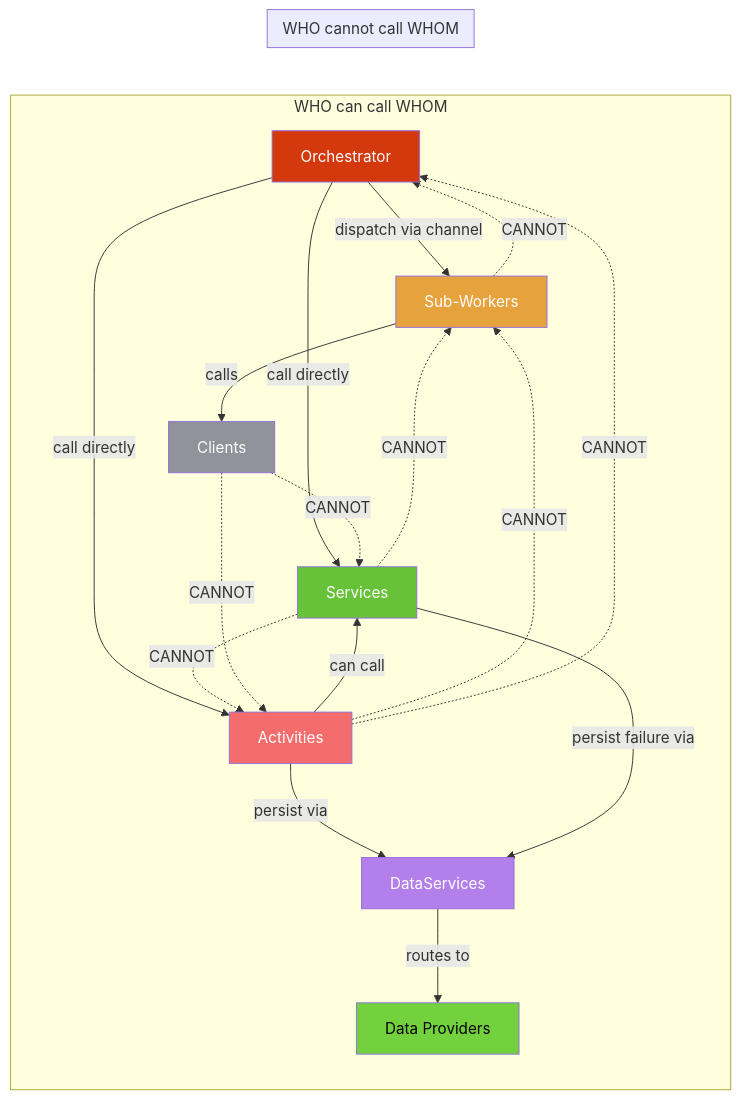
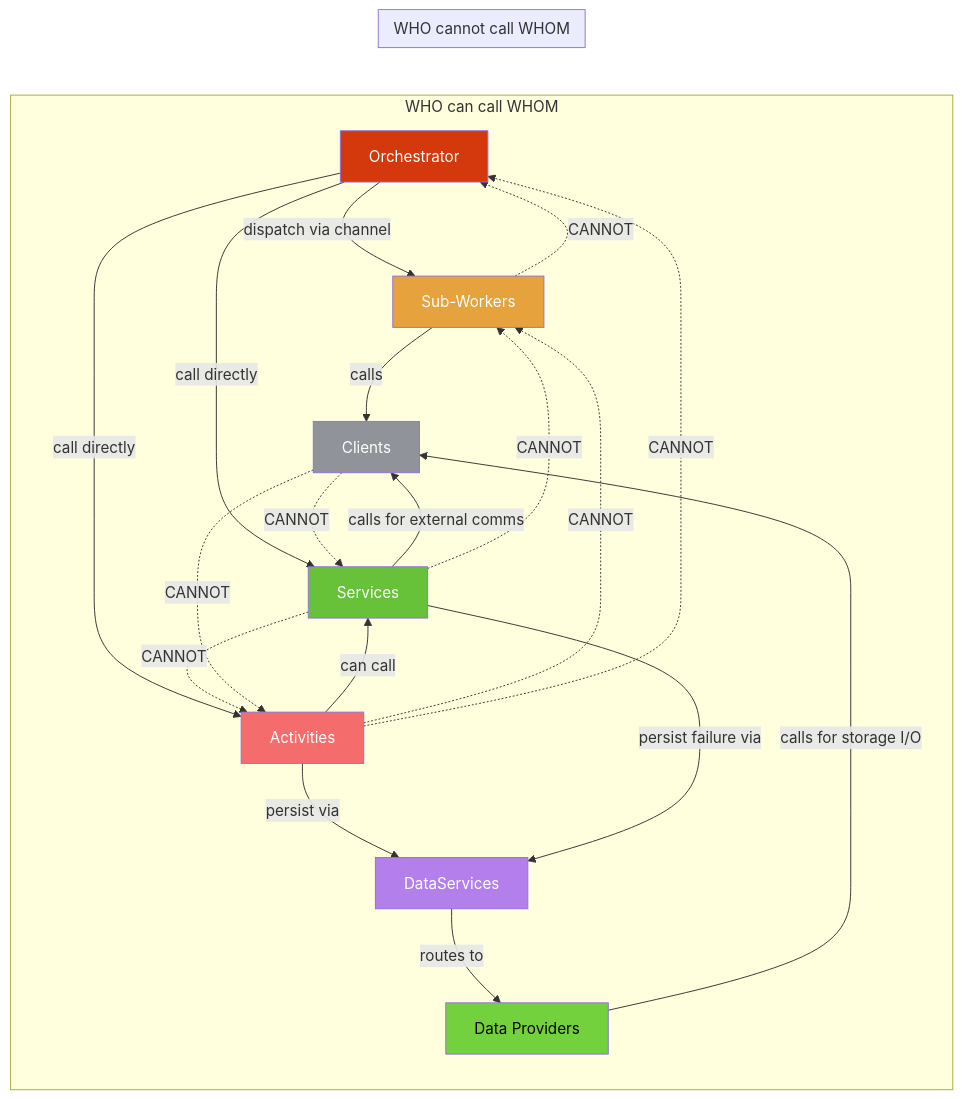
The second of 4 diagrams in docs/architecture/project-structure.md (edward-rosado/jenisesells-website), drawn with Mermaid before and after one commit. The commit also changed other lines of this file and 2 other files, not shown here.

Commit message:
[arch-change-approved] fix: update dependency rules — Services can call Clients, Data can call Clients, Activities can call DataServices

````diff
--- a/docs/architecture/project-structure.md
+++ b/docs/architecture/project-structure.md
@@ -76,31 +78,33 @@
 ```mermaid
 graph LR
     subgraph "WHO can call WHOM"
         O["Orchestrator"] -->|"dispatch via channel"| W["Sub-Workers"]
         O -->|"call directly"| A["Activities"]
         O -->|"call directly"| S["Services"]
         A -->|"can call"| S
         A -->|"persist via"| DS["DataServices"]
+        S -->|"calls for external comms"| C["Clients"]
         S -->|"persist failure via"| DS
         DS -->|"routes to"| D["Data Providers"]
-        W -->|"calls"| C["Clients"]
+        D -->|"calls for storage I/O"| C
+        W -->|"calls"| C
     end
 
     subgraph "WHO cannot call WHOM"
         S -.->|"CANNOT"| A
         S -.->|"CANNOT"| W
         W -.->|"CANNOT"| O
         A -.->|"CANNOT"| W
         A -.->|"CANNOT"| O
         C -.->|"CANNOT"| S
         C -.->|"CANNOT"| A
     end
 
     style O fill:#d4380d,color:white
     style W fill:#e6a23c,color:white
     style A fill:#f56c6c,color:white
     style S fill:#67c23a,color:white
     style DS fill:#b37feb,color:white
     style D fill:#73d13d,color:black
     style C fill:#909399,color:white
 ```
````
